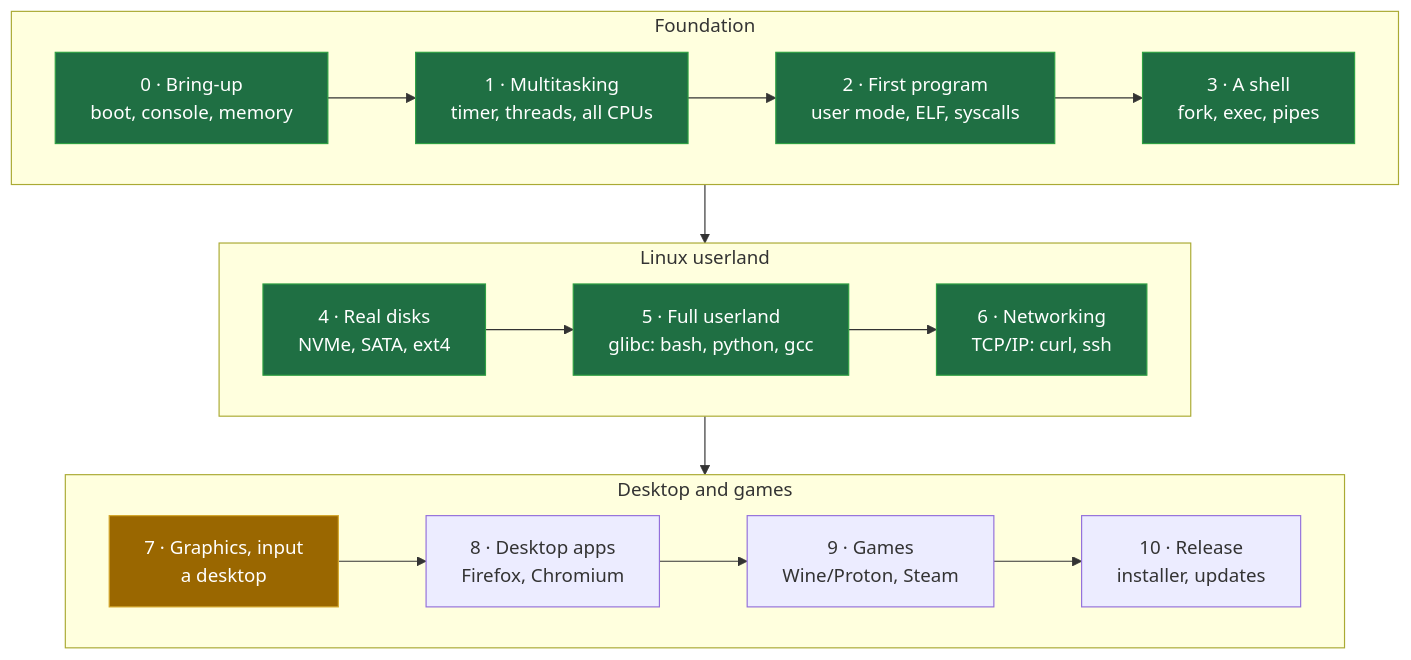
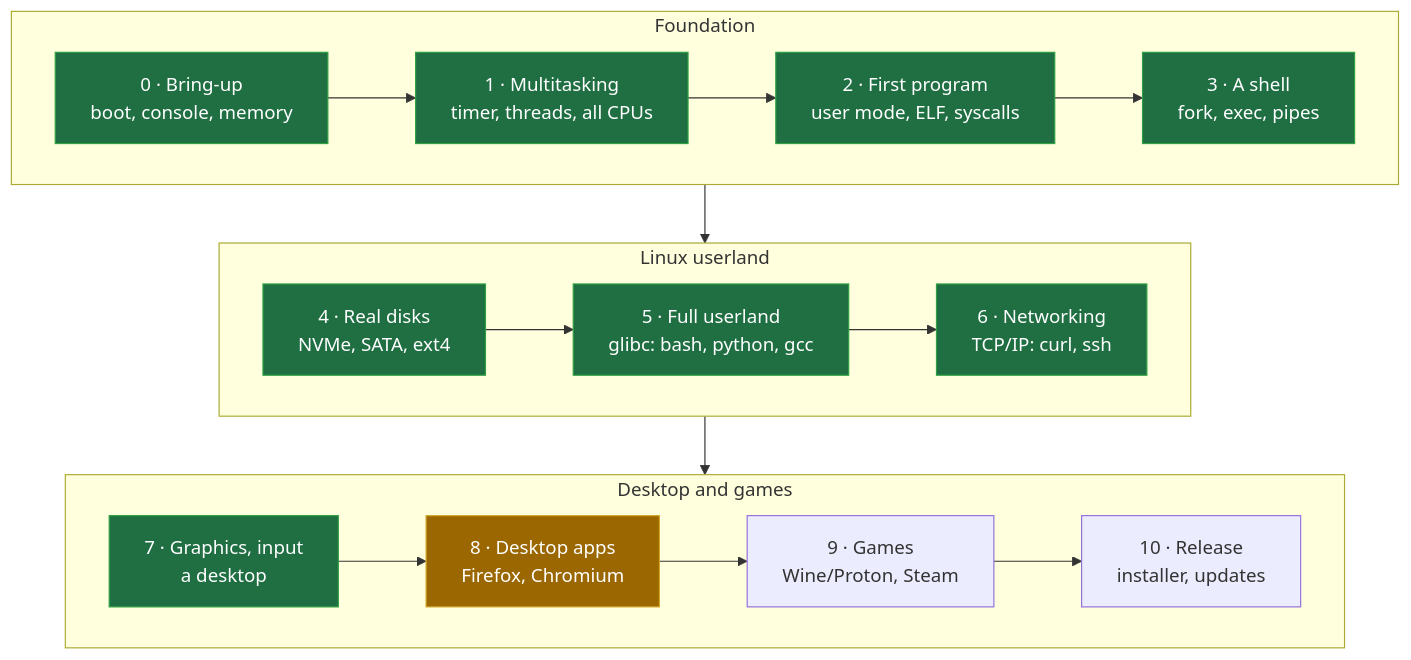
Before and after one commit to SegMind25/SegOS: the sixth of 6 diagrams in README.md, drawn with Mermaid. The commit also changed other lines of this file and 3 other files, not shown here.

First line of the commit message:
Docs and site: Phase 7 done (weston runs), Phase 8 next

````diff
--- a/README.md
+++ b/README.md
@@ -195,18 +197,18 @@
 ```mermaid
 flowchart TB
     subgraph F["Foundation"]
         direction LR
         P0["0 · Bring-up<br/>boot, console, memory"]:::done --> P1["1 · Multitasking<br/>timer, threads, all CPUs"]:::done --> P2["2 · First program<br/>user mode, ELF, syscalls"]:::done --> P3["3 · A shell<br/>fork, exec, pipes"]:::done
     end
     subgraph L["Linux userland"]
         direction LR
         P4["4 · Real disks<br/>NVMe, SATA, ext4"]:::done --> P5["5 · Full userland<br/>glibc: bash, python, gcc"]:::done --> P6["6 · Networking<br/>TCP/IP: curl, ssh"]:::done
     end
     subgraph D["Desktop and games"]
         direction LR
-        P7["7 · Graphics, input<br/>a desktop"]:::next --> P8["8 · Desktop apps<br/>Firefox, Chromium"] --> P9["9 · Games<br/>Wine/Proton, Steam"] --> P10["10 · Release<br/>installer, updates"]
+        P7["7 · Graphics, input<br/>a desktop"]:::done -->  P8["8 · Desktop apps<br/>Firefox, Chromium"]:::next --> P9["9 · Games<br/>Wine/Proton, Steam"] --> P10["10 · Release<br/>installer, updates"]
     end
     F --> L --> D
     classDef done fill:#1f6f43,stroke:#2ea043,color:#fff
     classDef next fill:#9a6700,stroke:#d4a72c,color:#fff
 ```
````
